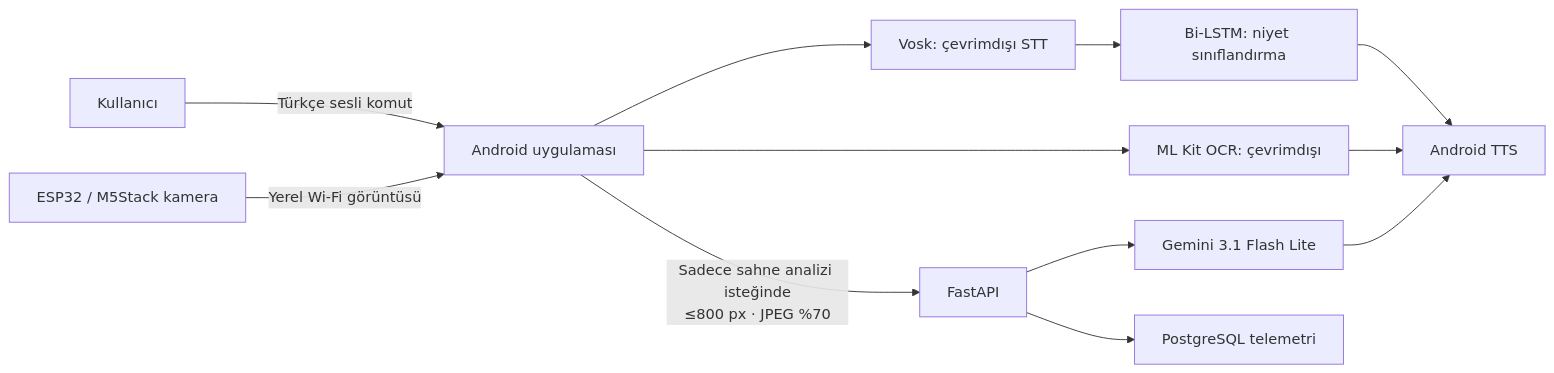
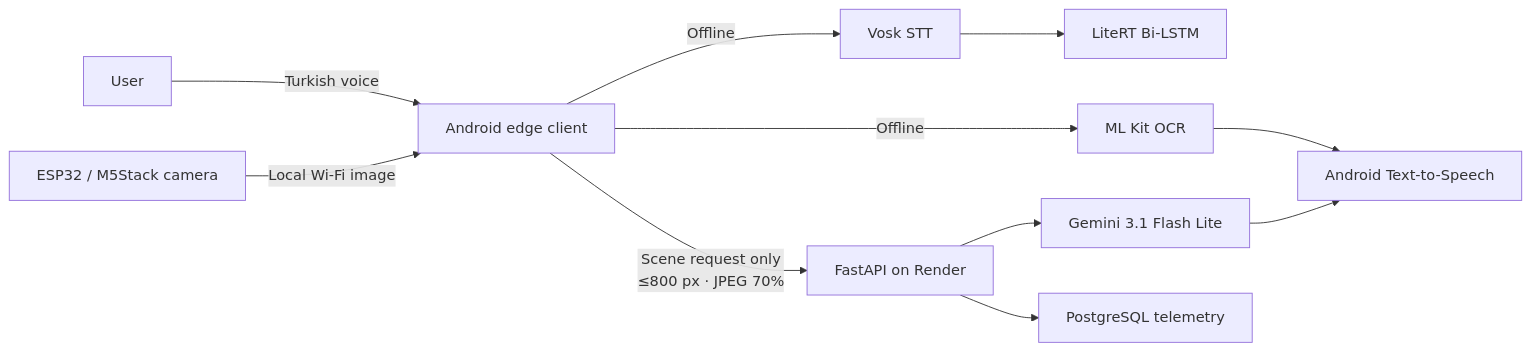
Before and after one commit to MahmoudAllabani/turkish-hybrid-vision-assistant-for-visually-impaired: the diagram in README.md, drawn with Mermaid. The commit also changed other lines of this file and 2 other files, not shown here.

Commit message:
docs: update intent classifier details and charts

````diff
--- a/README.md
+++ b/README.md
@@ -32,17 +35,11 @@
 ```mermaid
 flowchart LR
-    U["Kullanıcı"] -->|"Türkçe sesli komut"| A["Android uygulaması"]
-    E["ESP32 / M5Stack kamera"] -->|"Yerel Wi-Fi görüntüsü"| A
-
-    A --> V["Vosk: çevrimdışı STT"]
-    V --> I["Bi-LSTM: niyet sınıflandırma"]
-    I --> T["Android TTS"]
-
-    A --> O["ML Kit OCR: çevrimdışı"]
-    O --> T
-
-    A -->|"Sadece sahne analizi isteğinde\n≤800 px · JPEG %70"| F["FastAPI"]
-    F --> G["Gemini 3.1 Flash Lite"]
-    F --> P["PostgreSQL telemetri"]
-    G --> T
+ U["User"] -->|"Turkish voice"| A["Android edge client"]
+ E["ESP32 / M5Stack camera"] -->|"Local Wi-Fi image"| A
+ A -->|"Offline"| S["Vosk STT"] --> I["LiteRT Bi-LSTM"]
+ A -->|"Offline"| O["ML Kit OCR"] --> T["Android Text-to-Speech"]
+ A -->|"Scene request only\n≤800 px · JPEG 70%"| F["FastAPI on Render"]
+ F --> L["Gemini 3.1 Flash Lite"]
+ F --> P["PostgreSQL telemetry"]
+ L --> T
 ```
````
